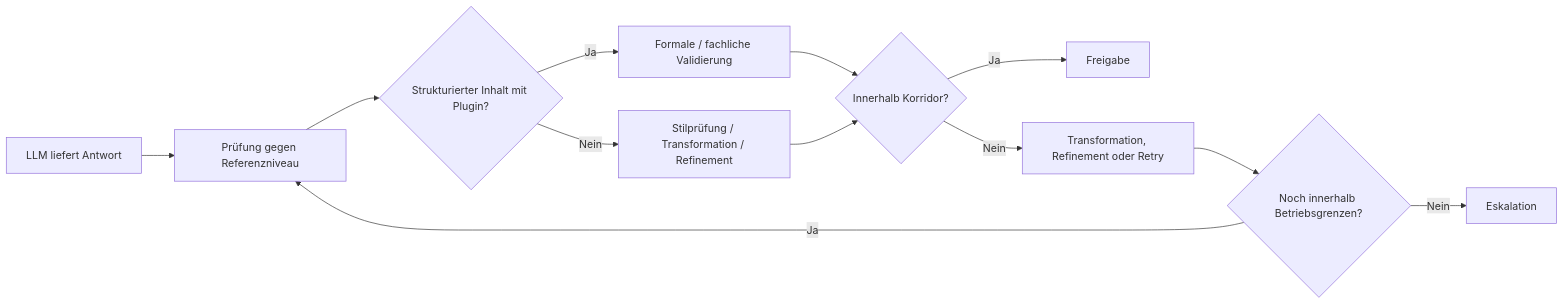
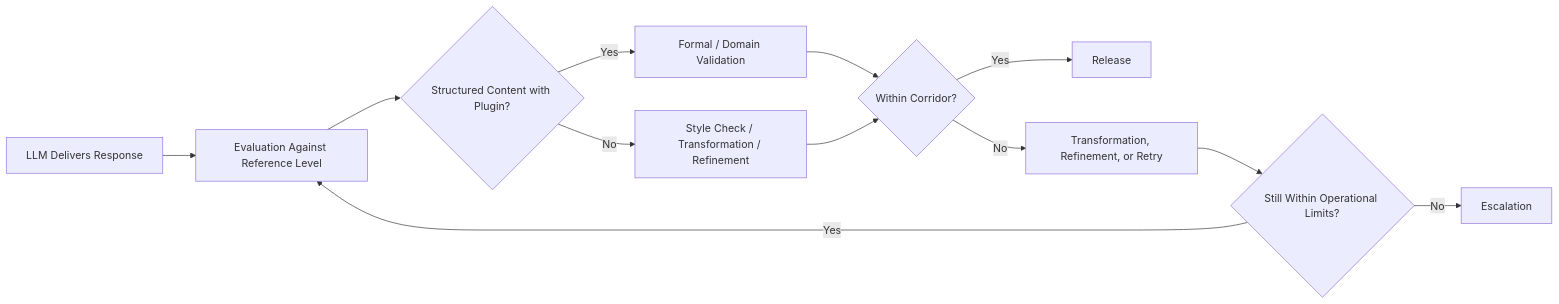
Before and after one commit to max-dingsda/MDAL: the diagram in Docs/10-operating-principles.md, drawn with Mermaid. The commit also changed other lines of this file and 82 other files, not shown here.

````diff
--- a/Docs/10-operating-principles.md
+++ b/Docs/10-operating-principles.md
@@ -59,14 +59,14 @@
 ```mermaid
 flowchart LR
-    A[LLM liefert Antwort] --> B[Prüfung gegen Referenzniveau]
-    B --> C{Strukturierter Inhalt mit Plugin?}
-    C -- Ja --> D[Formale / fachliche Validierung]
-    C -- Nein --> E[Stilprüfung / Transformation / Refinement]
-    D --> F{Innerhalb Korridor?}
+    A[LLM Delivers Response] --> B[Evaluation Against Reference Level]
+    B --> C{Structured Content with Plugin?}
+    C -- Yes --> D[Formal / Domain Validation]
+    C -- No --> E[Style Check / Transformation / Refinement]
+    D --> F{Within Corridor?}
     E --> F
-    F -- Ja --> G[Freigabe]
-    F -- Nein --> H[Transformation, Refinement oder Retry]
-    H --> I{Noch innerhalb Betriebsgrenzen?}
-    I -- Ja --> B
-    I -- Nein --> J[Eskalation]
+    F -- Yes --> G[Release]
+    F -- No --> H[Transformation, Refinement, or Retry]
+    H --> I{Still Within Operational Limits?}
+    I -- Yes --> B
+    I -- No --> J[Escalation]
 ```
````
